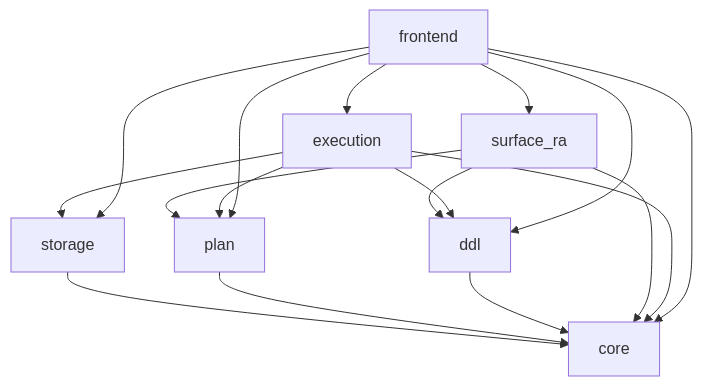
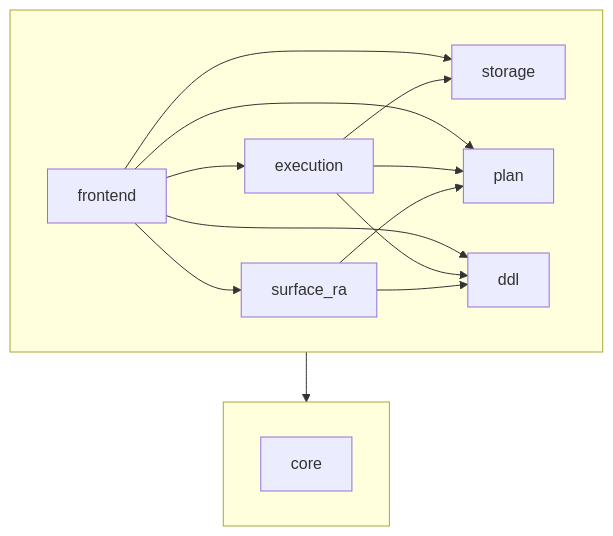
Before and after one commit to notahat/dovetail: the diagram in docs/sub-library-dependencies.md, drawn with Mermaid. The commit also changed other lines of this file, not shown here.

Commit message:
Layer sub-library dependency diagram with core as foundation
Collapse the seven edges to core into a single arrow from an upper
subgraph, since every other sub-library depends on core.

````diff
--- a/docs/sub-library-dependencies.md
+++ b/docs/sub-library-dependencies.md
@@ -6,30 +10,30 @@
 ```mermaid
 graph TD
-  core[core]
-  storage[storage]
-  plan[plan]
-  ddl[ddl]
-  surface_ra[surface_ra]
-  execution[execution]
-  frontend[frontend]
+  subgraph upper [ ]
+    storage[storage]
+    plan[plan]
+    ddl[ddl]
+    surface_ra[surface_ra]
+    execution[execution]
+    frontend[frontend]
 
-  storage --> core
-  plan --> core
-  ddl --> core
+    surface_ra --> plan
+    surface_ra --> ddl
 
-  surface_ra --> core
-  surface_ra --> plan
-  surface_ra --> ddl
+    execution --> storage
+    execution --> plan
+    execution --> ddl
 
-  execution --> core
-  execution --> storage
-  execution --> plan
-  execution --> ddl
+    frontend --> storage
+    frontend --> plan
+    frontend --> ddl
+    frontend --> surface_ra
+    frontend --> execution
+  end
 
-  frontend --> core
-  frontend --> storage
-  frontend --> plan
-  frontend --> ddl
-  frontend --> surface_ra
-  frontend --> execution
+  subgraph foundation [ ]
+    core[core]
+  end
+
+  upper --> foundation
 ```
````
